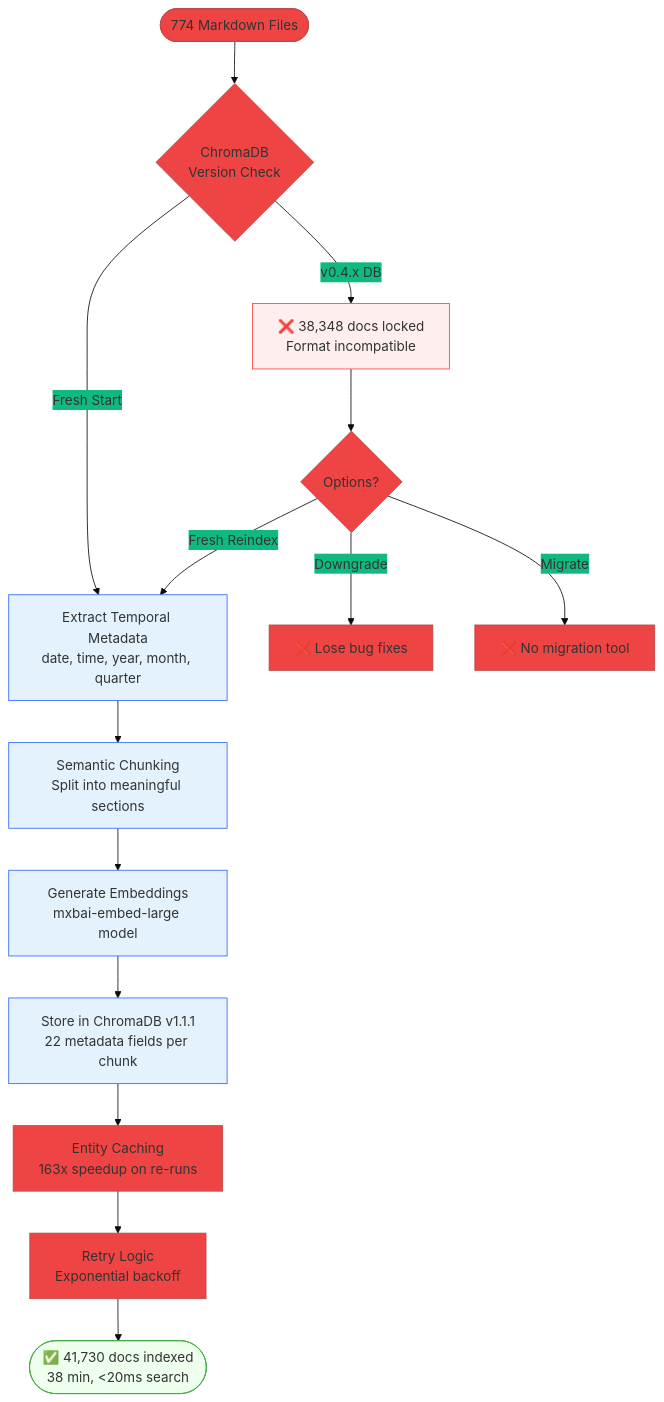
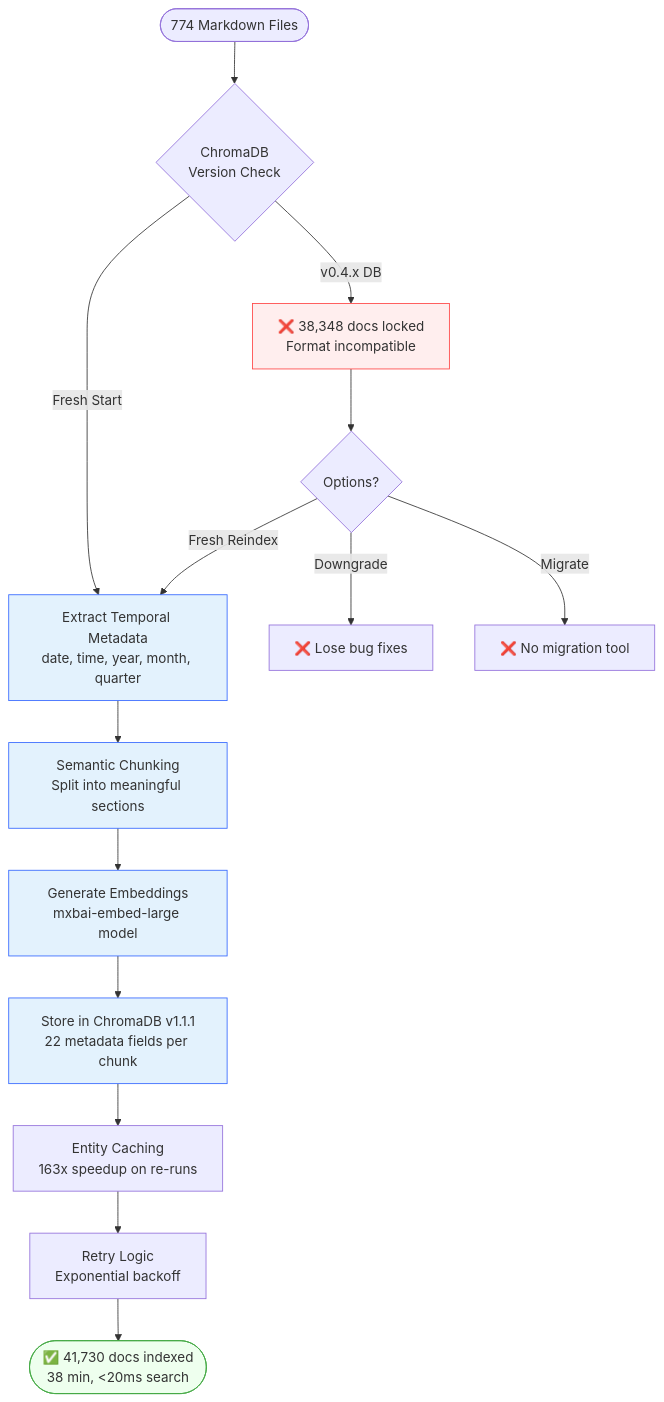
Before and after one commit to rduffyuk/blog-astro: the first of 6 diagrams in src/data/blog/season-2-episode-4-three-systems-parallel-testing.md, drawn with Mermaid. The commit also changed other lines of this file and 3 other files, not shown here.

First line of the commit message:
Add mermaid peer dependency and enable theme switching

````diff
--- a/src/data/blog/season-2-episode-4-three-systems-parallel-testing.md
+++ b/src/data/blog/season-2-episode-4-three-systems-parallel-testing.md
@@ -161,26 +161,25 @@
 ```mermaid
-%%{init: {'theme':'base', 'themeVariables': { 'primaryColor':'#ef4444','secondaryColor':'#10b981','tertiaryColor':'#3b82f6'}}}%%
 flowchart TB
     Start([774 Markdown Files]) --> Check{ChromaDB<br/>Version Check}
     Check -->|v0.4.x DB| Error[❌ 38,348 docs locked<br/>Format incompatible]
     Check -->|Fresh Start| Extract[Extract Temporal Metadata<br/>date, time, year, month, quarter]
 
     Error --> Decision{Options?}
     Decision -->|Downgrade| Risk[❌ Lose bug fixes]
     Decision -->|Migrate| NoTool[❌ No migration tool]
     Decision -->|Fresh Reindex| Extract
 
     Extract --> Chunk[Semantic Chunking<br/>Split into meaningful sections]
     Chunk --> Embed[Generate Embeddings<br/>mxbai-embed-large model]
     Embed --> Store[Store in ChromaDB v1.1.1<br/>22 metadata fields per chunk]
     Store --> Cache[Entity Caching<br/>163x speedup on re-runs]
     Cache --> Retry[Retry Logic<br/>Exponential backoff]
     Retry --> Complete([✅ 41,730 docs indexed<br/>38 min, <20ms search])
 
     style Error fill:#fee,stroke:#f44
     style Complete fill:#efe,stroke:#4a4
     style Extract fill:#e3f2fd,stroke:#36f
     style Chunk fill:#e3f2fd,stroke:#36f
     style Embed fill:#e3f2fd,stroke:#36f
     style Store fill:#e3f2fd,stroke:#36f
 ```
````
